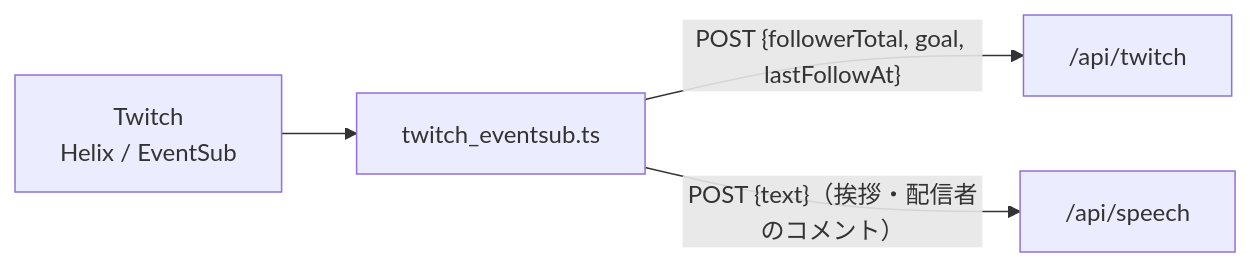
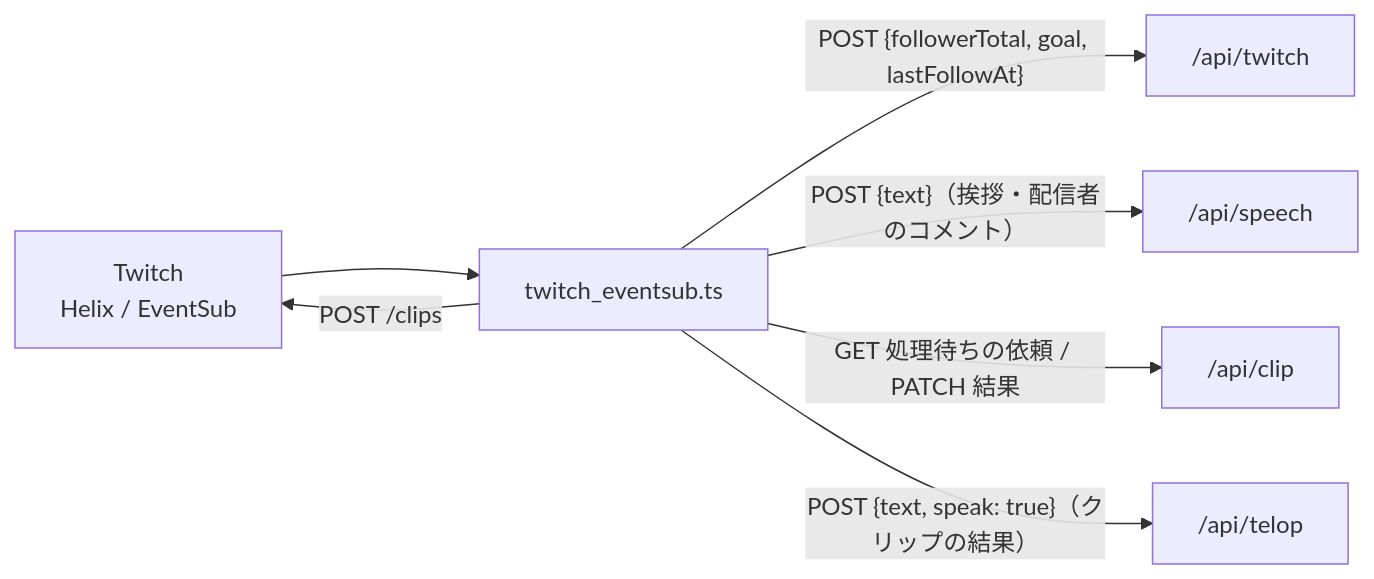
The third of 3 diagrams in README.md (eddie-splatoon/splatoon-point-counter), drawn with Mermaid before and after one commit. The commit also changed other lines of this file and 16 other files, not shown here.

````diff
--- a/README.md
+++ b/README.md
@@ -110,6 +114,9 @@
 ```mermaid
 flowchart LR
     TW["Twitch<br/>Helix / EventSub"] --> SCR["twitch_eventsub.ts"]
     SCR -- "POST {followerTotal, goal, lastFollowAt}" --> API["/api/twitch"]
     SCR -- "POST {text}（挨拶・配信者のコメント）" --> SP["/api/speech"]
+    SCR -- "GET 処理待ちの依頼 / PATCH 結果" --> CLIP["/api/clip"]
+    SCR -- "POST /clips" --> TW
+    SCR -- "POST {text, speak: true}（クリップの結果）" --> TELOP["/api/telop"]
 ```
````
